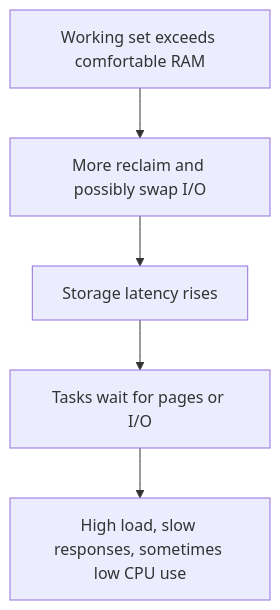
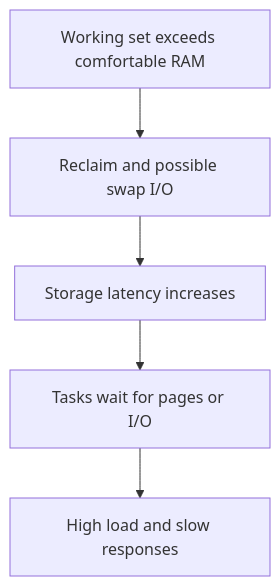
The seventh of 9 diagrams in src/content/blog/2026-09-04-systems-troubleshooting-useful-stuff.md (tiendu/tiendu.github.io), drawn with Mermaid before and after one commit. The commit also changed other lines of this file, not shown here.

````diff
--- a/src/content/blog/2026-09-04-systems-troubleshooting-useful-stuff.md
+++ b/src/content/blog/2026-09-04-systems-troubleshooting-useful-stuff.md
@@ -379,9 +528,9 @@
 ```mermaid
 flowchart TD
     accTitle: One possible chain from memory pressure to high load
-    accDescr: Memory pressure can lead to reclaim and storage activity, leaving tasks blocked and load elevated despite low CPU usage.
-    A["Working set exceeds comfortable RAM"] --> B["More reclaim and possibly swap I/O"]
-    B --> C["Storage latency rises"]
+    accDescr: Reclaim and swap activity can increase storage delays, leaving tasks blocked and load elevated even with idle CPU time.
+    A["Working set exceeds comfortable RAM"] --> B["Reclaim and possible swap I/O"]
+    B --> C["Storage latency increases"]
     C --> D["Tasks wait for pages or I/O"]
-    D --> E["High load, slow responses, sometimes low CPU use"]
+    D --> E["High load and slow responses"]
 ```
````
